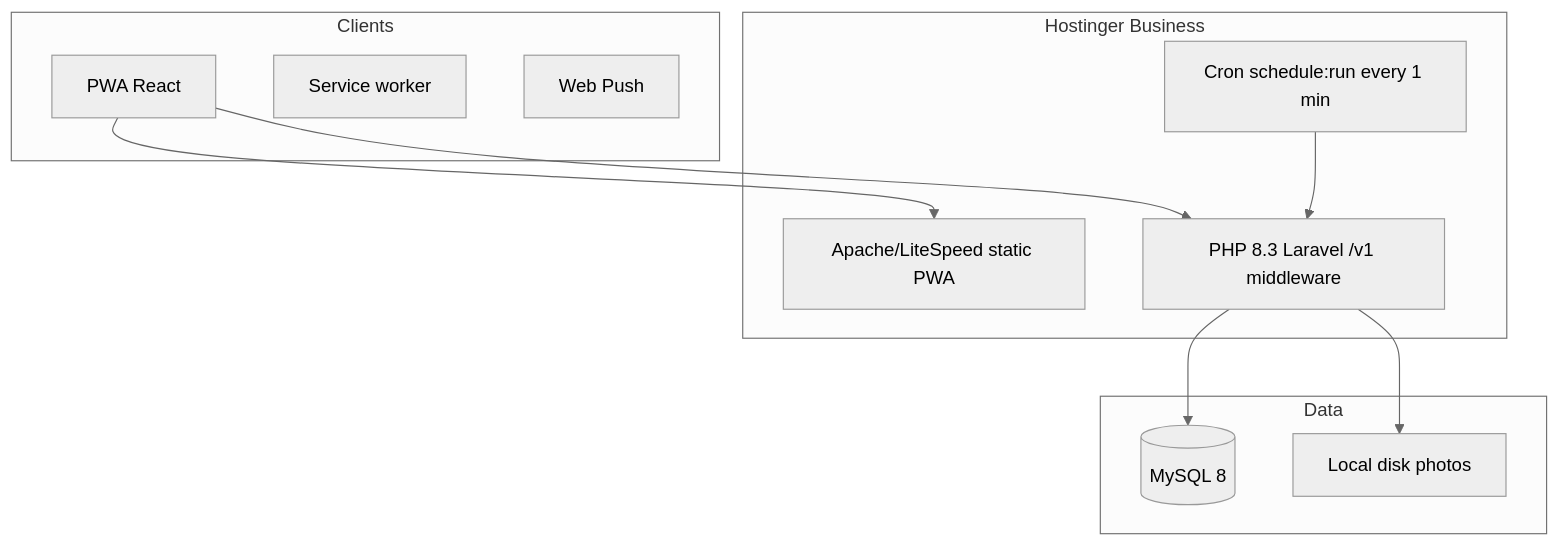
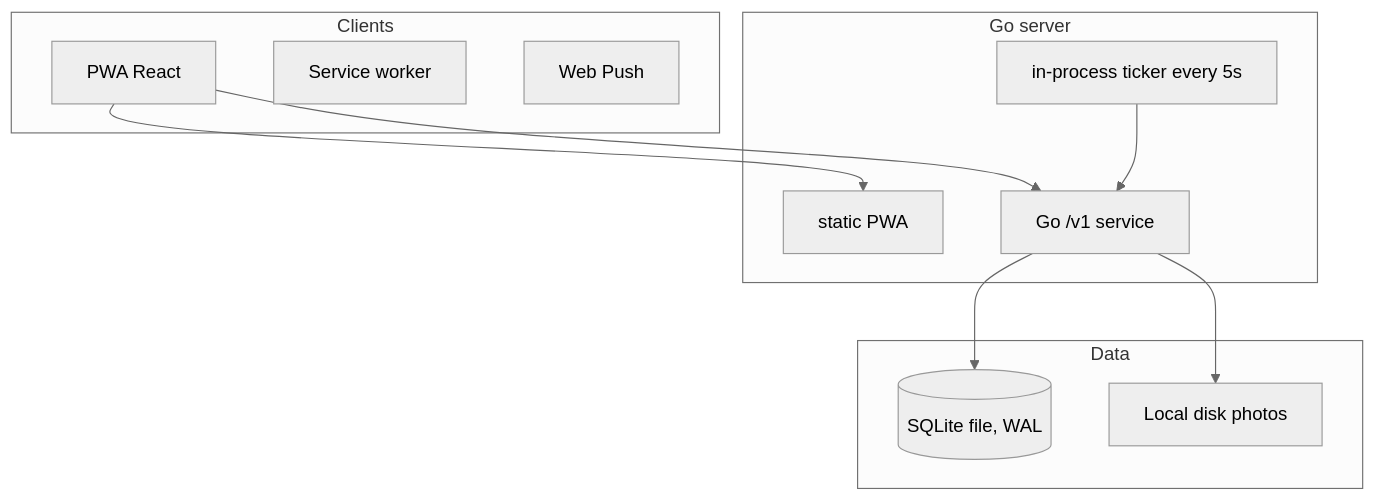
One commit to dukedelaet/game-match-pwa changed the sixth of 10 diagrams in docs/design-docs-and-wireframes.md. Above: the diagram before and after it, drawn with Mermaid (neutral theme). The commit also changed other lines of this file and 128 other files, not shown here.

First line of the commit message:
feat: run the backend on Go and SQLite instead of PHP and MySQL

````diff
--- a/docs/design-docs-and-wireframes.md
+++ b/docs/design-docs-and-wireframes.md
@@ -545,22 +545,22 @@
 ```mermaid
 flowchart TB
   subgraph clients [Clients]
     PWA[PWA React]
     SW[Service worker]
     Push[Web Push]
   end
-  subgraph hostinger [Hostinger Business]
-    WEB[Apache/LiteSpeed static PWA]
-    PHP[PHP 8.3 Laravel /v1 middleware]
-    CRON[Cron schedule:run every 1 min]
+  subgraph server [Go server]
+    WEB[static PWA]
+    API[Go /v1 service]
+    TICK[in-process ticker every 5s]
   end
   subgraph data [Data]
-    DB[(MySQL 8)]
+    DB[(SQLite file, WAL)]
     DISK[Local disk photos]
   end
   PWA --> WEB
-  PWA --> PHP
-  PHP --> DB
-  PHP --> DISK
-  CRON --> PHP
+  PWA --> API
+  API --> DB
+  API --> DISK
+  TICK --> API
 ```
````
